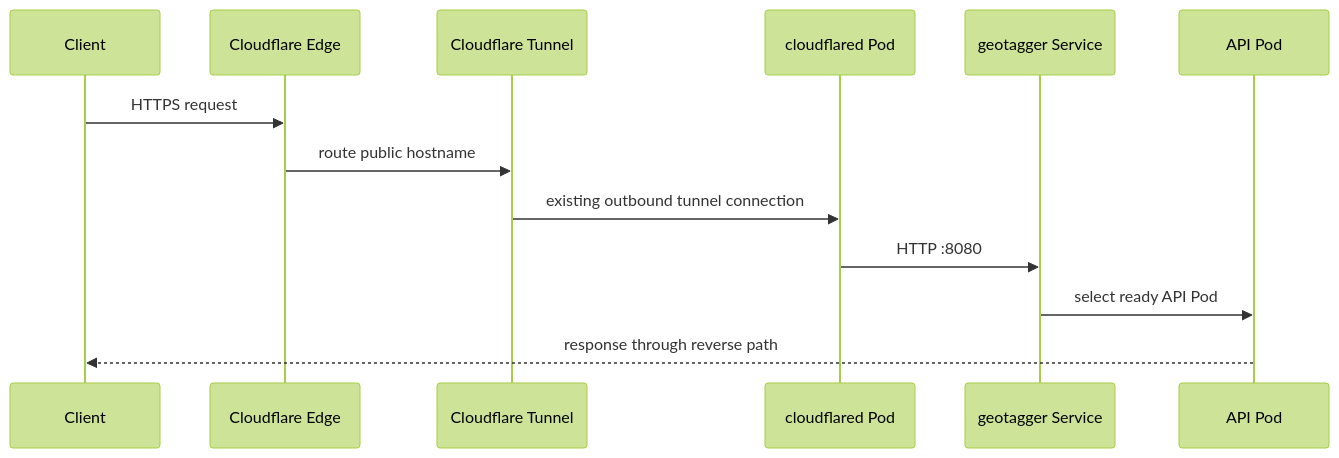
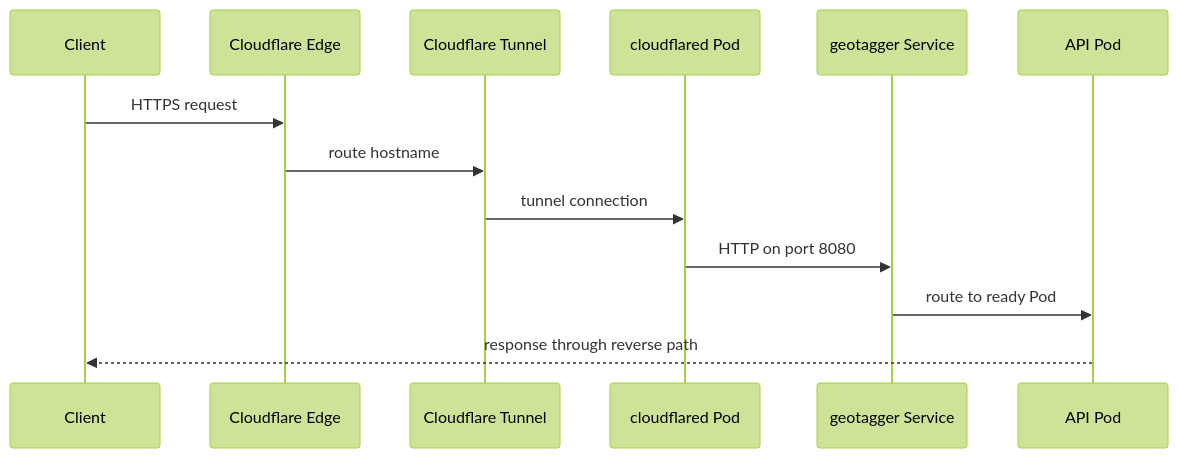
Before and after one commit to Jstarzz/geotagger: the fourth of 21 diagrams in docs/ARCHITECTURE.md, drawn with Mermaid (forest theme). The commit also changed other lines of this file, not shown here.

Commit message:
docs: replace architecture diagrams with GitHub-safe Mermaid

````diff
--- a/docs/ARCHITECTURE.md
+++ b/docs/ARCHITECTURE.md
@@ -139,16 +78,15 @@
 ```mermaid
 sequenceDiagram
     participant C as Client
     participant E as Cloudflare Edge
     participant T as Cloudflare Tunnel
     participant D as cloudflared Pod
     participant S as geotagger Service
     participant A as API Pod
-
     C->>E: HTTPS request
-    E->>T: route public hostname
-    T->>D: existing outbound tunnel connection
-    D->>S: HTTP :8080
-    S->>A: select ready API Pod
+    E->>T: route hostname
+    T->>D: tunnel connection
+    D->>S: HTTP on port 8080
+    S->>A: route to ready Pod
     A-->>C: response through reverse path
 ```
````
